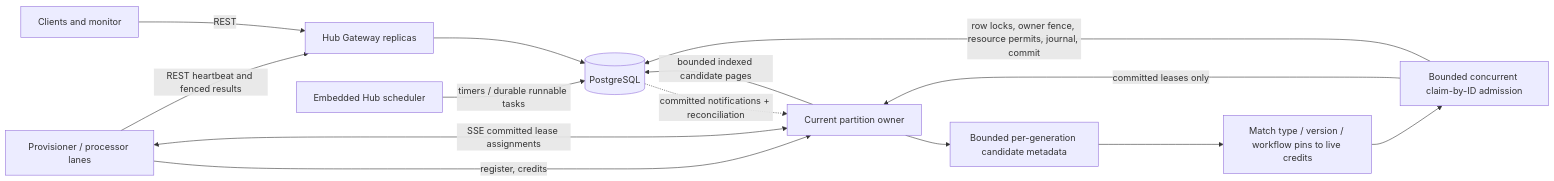
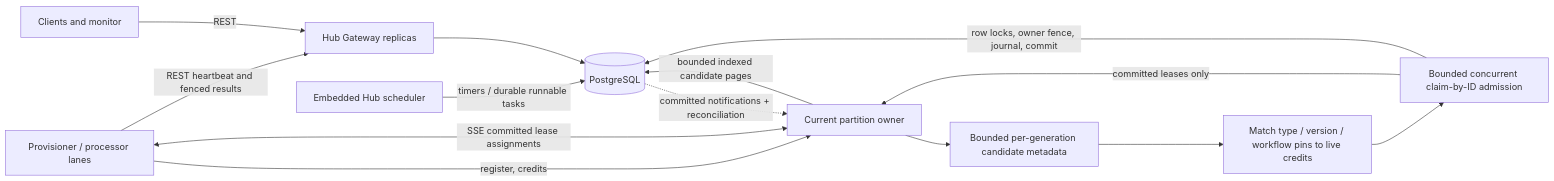
Before and after one commit to thanhhaictld/workflow-core: the diagram in scaling/docs/current-runtime.md, drawn with Mermaid. The commit also changed other lines of this file and 94 other files, not shown here.

````diff
--- a/scaling/docs/current-runtime.md
+++ b/scaling/docs/current-runtime.md
@@ -16,16 +16,16 @@
 ```mermaid
 flowchart LR
     API[Clients and monitor] -->|REST| GW[Hub Gateway replicas]
     PR[Provisioner / processor lanes] -->|register, credits| OWN[Current partition owner]
     PR <-->|SSE committed lease assignments| OWN
     PR -->|REST heartbeat and fenced results| GW
     GW --> PG[(PostgreSQL)]
     OWN -->|bounded indexed candidate pages| PG
     OWN --> BUF[Bounded per-generation candidate metadata]
     BUF --> MATCH[Match type / version / workflow pins to live credits]
     MATCH --> ADMIT[Bounded concurrent claim-by-ID admission]
-    ADMIT -->|row locks, owner fence, resource permits, journal, commit| PG
+    ADMIT -->|row locks, owner fence, journal, commit| PG
     ADMIT -->|committed leases only| OWN
     TIMER[Embedded Hub scheduler] -->|timers / durable runnable tasks| PG
     PG -.->|committed notifications + reconciliation| OWN
 ```
````
